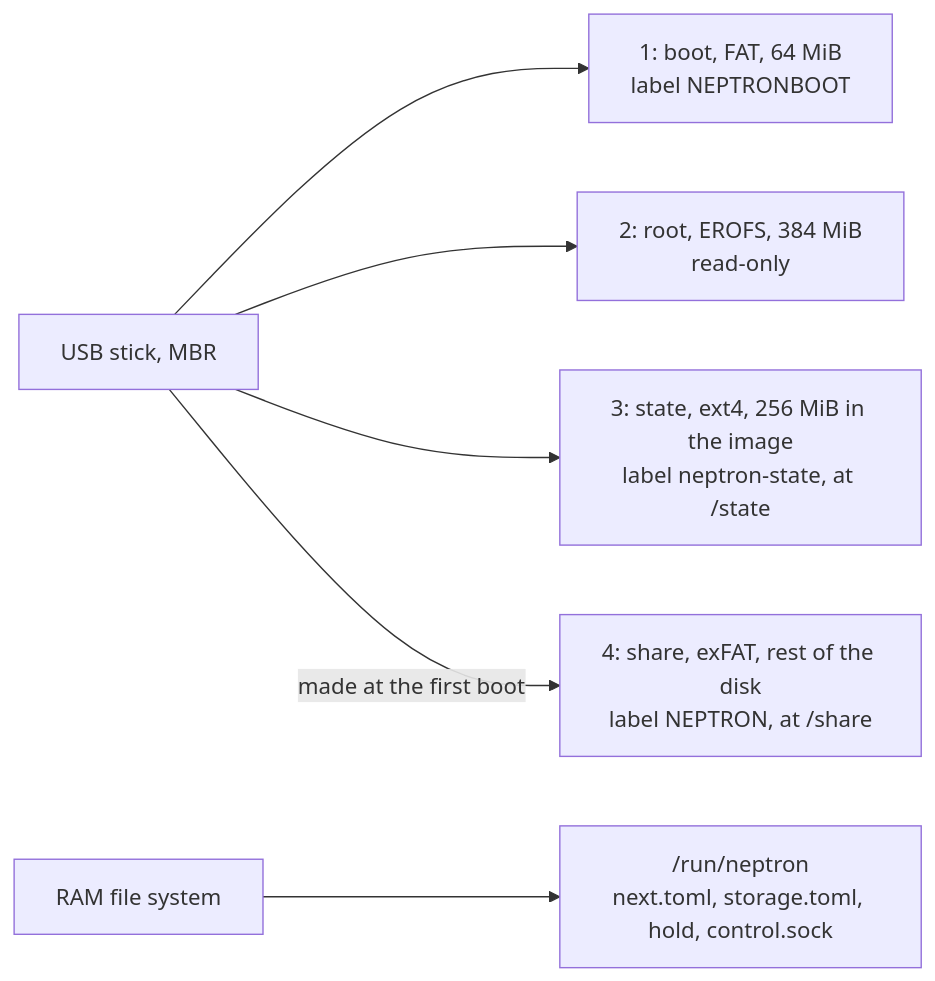
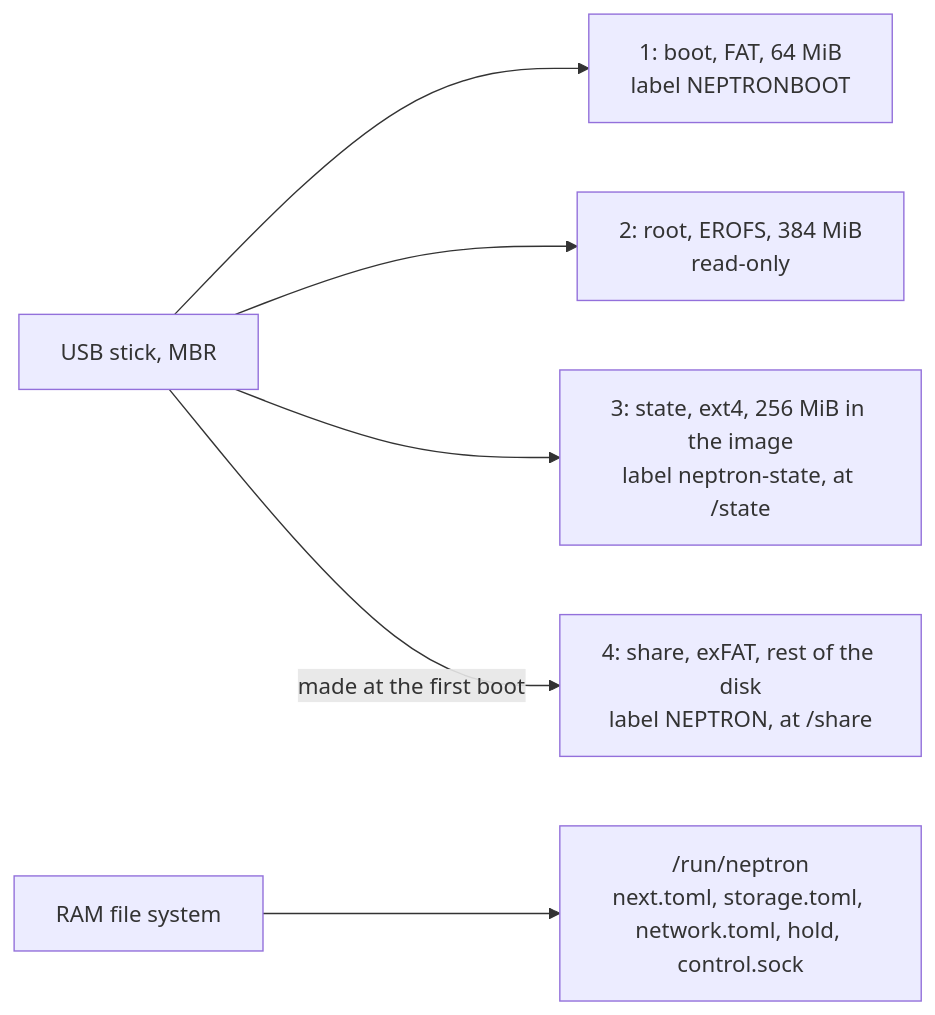
One commit to paologaleotti/neptron changed the first of 4 diagrams in docs/flows/08-on-disk.md. Above: the diagram before and after it, drawn with Mermaid. The commit also changed other lines of this file and 11 other files, not shown here.

````diff
--- a/docs/flows/08-on-disk.md
+++ b/docs/flows/08-on-disk.md
@@ -9,8 +9,8 @@
 ```mermaid
 flowchart LR
     DISK["USB stick, MBR"] --> P1["1: boot, FAT, 64 MiB<br/>label NEPTRONBOOT"]
     DISK --> P2["2: root, EROFS, 384 MiB<br/>read-only"]
     DISK --> P3["3: state, ext4, 256 MiB in the image<br/>label neptron-state, at /state"]
     DISK -->|"made at the first boot"| P4["4: share, exFAT, rest of the disk<br/>label NEPTRON, at /share"]
-    RAM["RAM file system"] --> RUN["/run/neptron<br/>next.toml, storage.toml, hold, control.sock"]
+    RAM["RAM file system"] --> RUN["/run/neptron<br/>next.toml, storage.toml, network.toml, hold, control.sock"]
 ```
````
